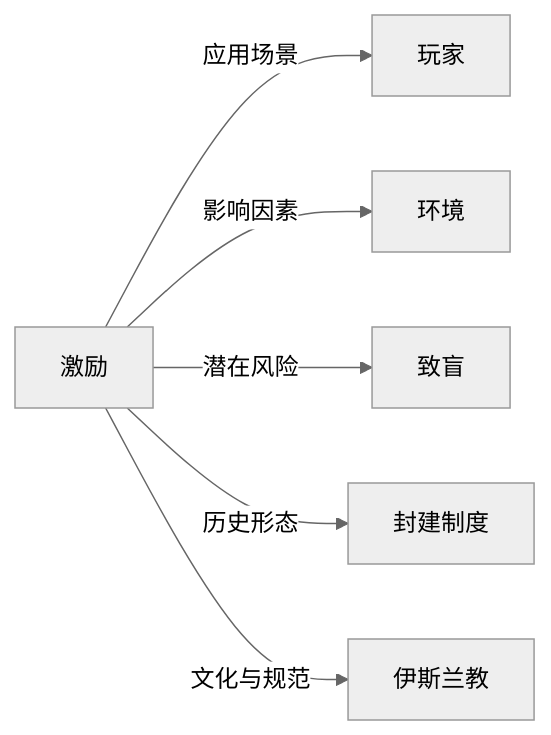
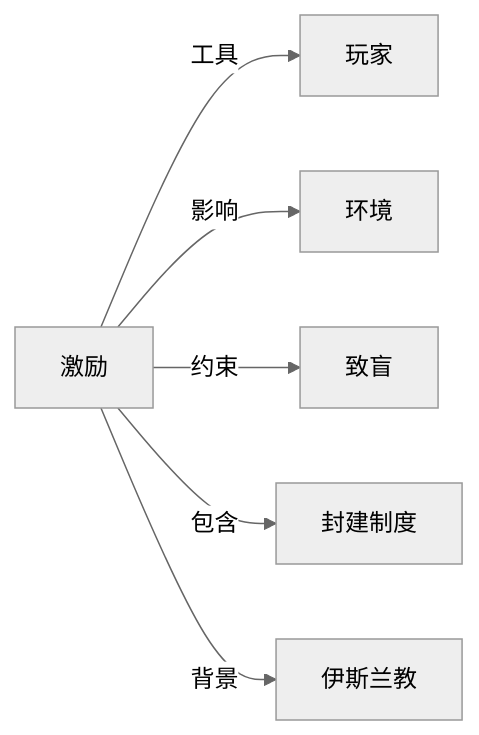
One commit to KIMMCHOW/MyKnowledge changed the diagram in Knowledge/Concepts/经济/激励.md. Above: the diagram before and after it, drawn with Mermaid (neutral theme). The commit also changed 95 other files, not shown here.

Commit message:
reorganize: 统一关系图边标签为11类

````diff
--- a/Knowledge/Concepts/经济/激励.md
+++ b/Knowledge/Concepts/经济/激励.md
@@ -44,8 +44,8 @@
 ```mermaid
 graph LR
-激励 -->|应用场景| 玩家
-激励 -->|影响因素| 环境
-激励 -->|潜在风险| 致盲
-激励 -->|历史形态| 封建制度
-激励 -->|文化与规范| 伊斯兰教
+激励 -->|工具| 玩家
+激励 -->|影响| 环境
+激励 -->|约束| 致盲
+激励 -->|包含| 封建制度
+激励 -->|背景| 伊斯兰教
 ```
````
